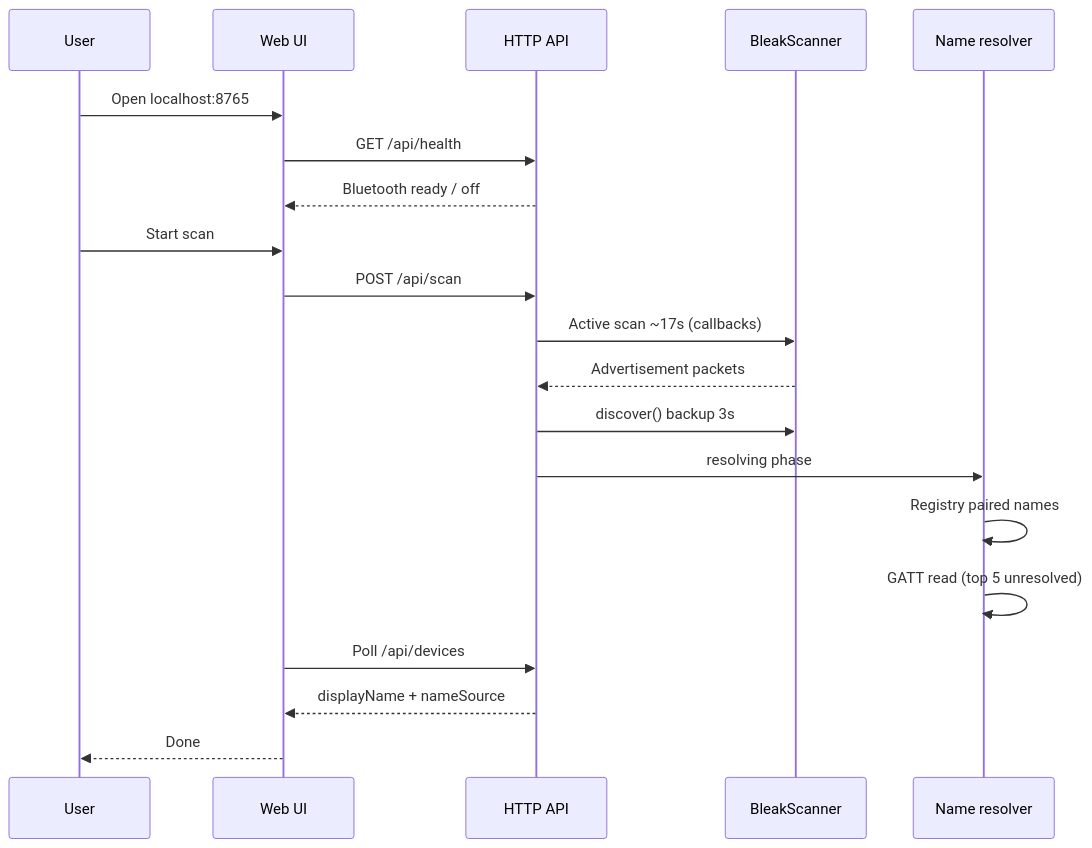
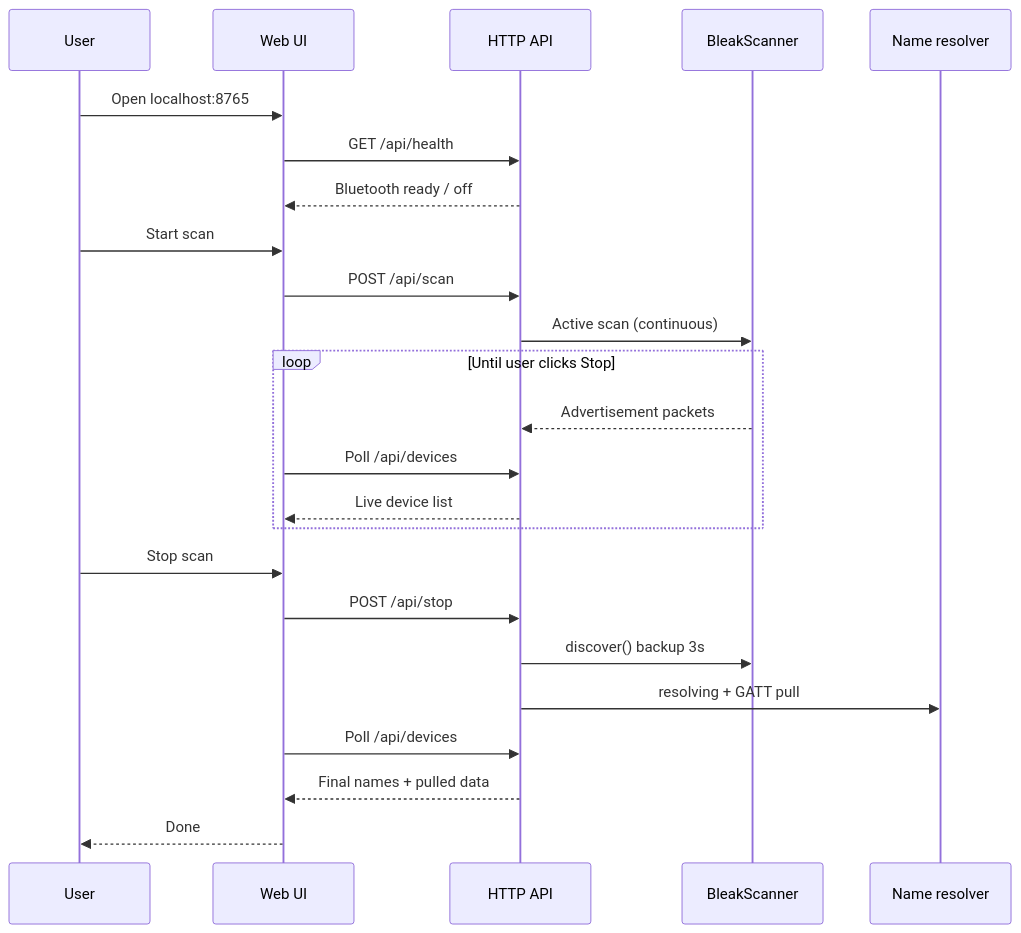
One commit to houseofasher/bluetooth_software changed the second of 5 diagrams in README.md. Above: the diagram before and after it, drawn with Mermaid. The commit also changed other lines of this file and 1 other file, not shown here.

First line of the commit message:
Run BLE scan continuously until Stop; update README.

````diff
--- a/README.md
+++ b/README.md
@@ -68,24 +68,28 @@
 ```mermaid
 sequenceDiagram
     participant U as User
     participant UI as Web UI
     participant API as HTTP API
     participant S as BleakScanner
     participant N as Name resolver
 
     U->>UI: Open localhost:8765
     UI->>API: GET /api/health
     API-->>UI: Bluetooth ready / off
 
     U->>UI: Start scan
     UI->>API: POST /api/scan
-    API->>S: Active scan ~17s (callbacks)
-    S-->>API: Advertisement packets
+    API->>S: Active scan (continuous)
+    loop Until user clicks Stop
+        S-->>API: Advertisement packets
+        UI->>API: Poll /api/devices
+        API-->>UI: Live device list
+    end
+    U->>UI: Stop scan
+    UI->>API: POST /api/stop
     API->>S: discover() backup 3s
-  API->>N: resolving phase
-    N->>N: Registry paired names
-    N->>N: GATT read (top 5 unresolved)
+    API->>N: resolving + GATT pull
     UI->>API: Poll /api/devices
-    API-->>UI: displayName + nameSource
+    API-->>UI: Final names + pulled data
     UI-->>U: Done
 ```
````
